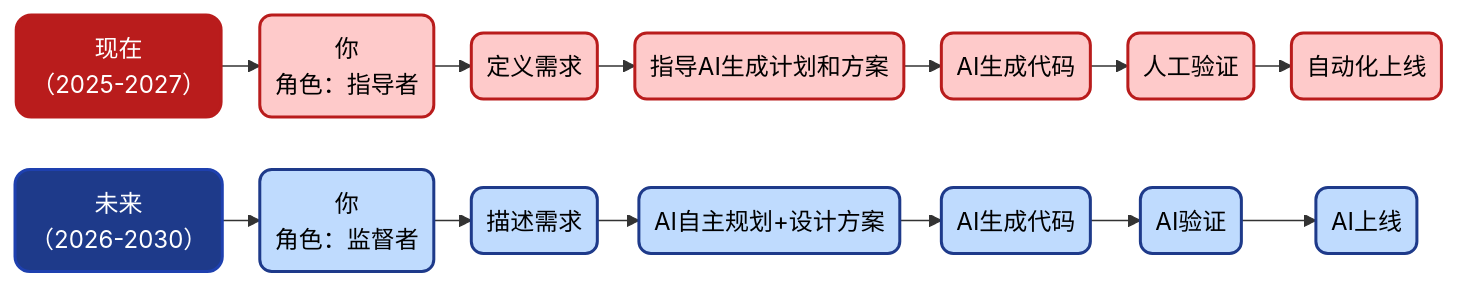
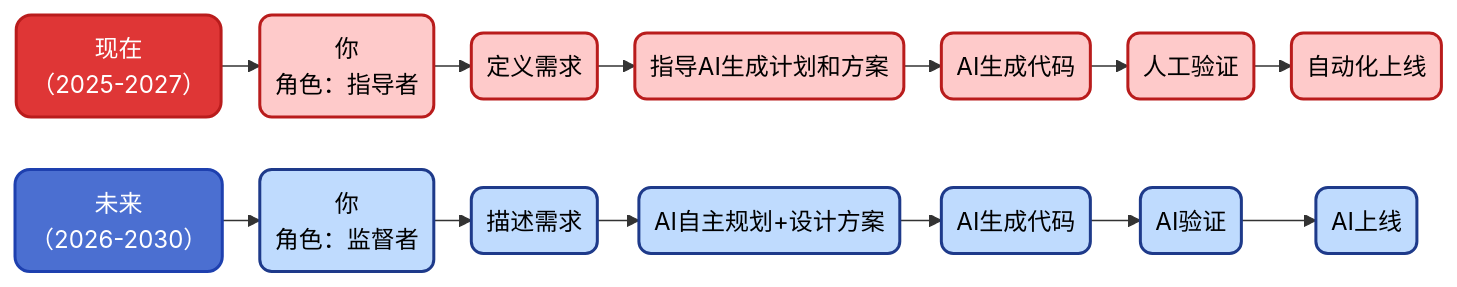
Before and after one commit to microwind/algorithms: the fifth of 5 diagrams in start-here/Why-Programmers-35-Plus-Are-Thriving-in-AI-Era.md, drawn with Mermaid. The commit also changed other lines of this file and 1 other file, not shown here.

````diff
--- a/start-here/Why-Programmers-35-Plus-Are-Thriving-in-AI-Era.md
+++ b/start-here/Why-Programmers-35-Plus-Are-Thriving-in-AI-Era.md
@@ -443,42 +456,42 @@
 ```mermaid
 %%{init: {'flowchart': {'nodeSpacing': 35, 'rankSpacing': 25, 'padding': 10}}}%%
 graph LR
     %% ===== 现在（2025-2027）=====
     P0("现在<br>（2025-2027）")
     P1("你<br/>角色：指导者")
     P2("定义需求")
     P3("指导AI生成计划和方案")
     P4("AI生成代码")
     P5("人工验证")
     P6("自动化上线")
 
     P0 --> P1 --> P2 --> P3 --> P4 --> P5 --> P6
 
     %% ===== 未来（2026-2030）=====
     F0("未来<br>（2026-2030）")
     F1("你<br/>角色：监督者")
     F2("描述需求")
     F3("AI自主规划+设计方案")
     F4("AI生成代码")
     F5("AI验证")
     F6("AI上线")
 
     F0 --> F1 --> F2 --> F3 --> F4 --> F5 --> F6
 
     %% ===== 节点样式 =====
-    style P0 fill:#B91C1C,stroke:#B91C1C,color:#ffffff,stroke-width:2px,rx:10,ry:10
+    style P0 fill:#DF3636,stroke:#B91C1C,color:#ffffff,stroke-width:2px,rx:10,ry:10
     style P1 fill:#FECACA,stroke:#B91C1C,color:#000000,stroke-width:2px,rx:8,ry:8
     style P2 fill:#FECACA,stroke:#B91C1C,color:#000000,stroke-width:2px,rx:8,ry:8
     style P3 fill:#FECACA,stroke:#B91C1C,color:#000000,stroke-width:2px,rx:8,ry:8
     style P4 fill:#FECACA,stroke:#B91C1C,color:#000000,stroke-width:2px,rx:8,ry:8
     style P5 fill:#FECACA,stroke:#B91C1C,color:#000000,stroke-width:2px,rx:8,ry:8
     style P6 fill:#FECACA,stroke:#B91C1C,color:#000000,stroke-width:2px,rx:8,ry:8
 
-    style F0 fill:#1E3A8A,stroke:#1E40AF,color:#ffffff,stroke-width:2px,rx:10,ry:10
+    style F0 fill:#4B6FD1,stroke:#1E40AF,color:#ffffff,stroke-width:2px,rx:10,ry:10
     style F1 fill:#BFDBFE,stroke:#1E3A8A,color:#000000,stroke-width:2px,rx:8,ry:8
     style F2 fill:#BFDBFE,stroke:#1E3A8A,color:#000000,stroke-width:2px,rx:8,ry:8
     style F3 fill:#BFDBFE,stroke:#1E3A8A,color:#000000,stroke-width:2px,rx:8,ry:8
     style F4 fill:#BFDBFE,stroke:#1E3A8A,color:#000000,stroke-width:2px,rx:8,ry:8
     style F5 fill:#BFDBFE,stroke:#1E3A8A,color:#000000,stroke-width:2px,rx:8,ry:8
     style F6 fill:#BFDBFE,stroke:#1E3A8A,color:#000000,stroke-width:2px,rx:8,ry:8
 ```
````
